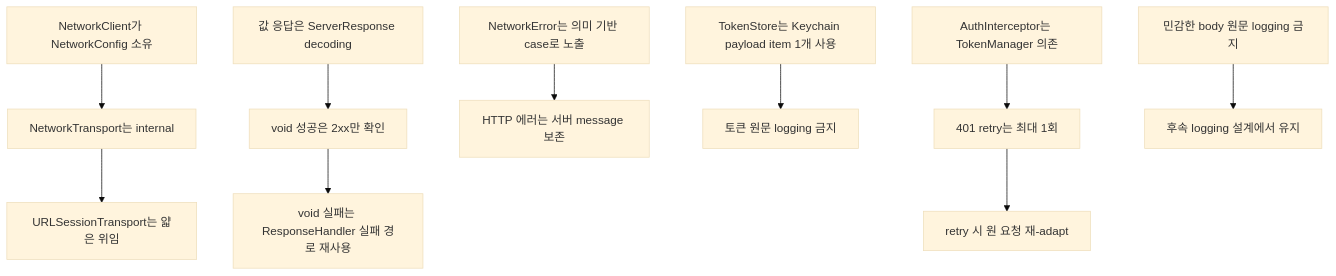
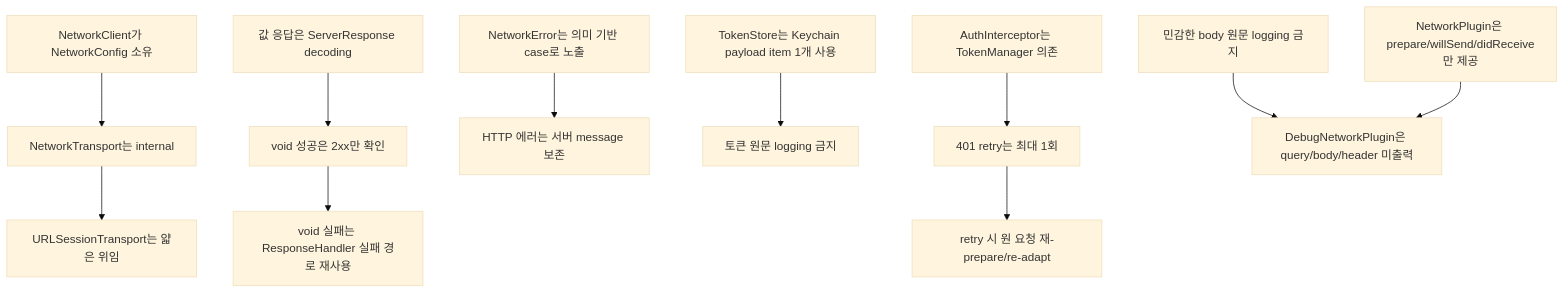
The eighth of 8 diagrams in Projects/LivithNetworking/README.md (mediunn/Livith-iOS), drawn with Mermaid (base theme) before and after one commit. The commit also changed other lines of this file and 7 other files, not shown here.

````diff
--- a/Projects/LivithNetworking/README.md
+++ b/Projects/LivithNetworking/README.md
@@ -363,24 +421,27 @@
 ```mermaid
 flowchart TD
     A[NetworkClient가 NetworkConfig 소유]
     B[NetworkTransport는 internal]
     C[URLSessionTransport는 얇은 위임]
     D[값 응답은 ServerResponse decoding]
     E[void 성공은 2xx만 확인]
     F[void 실패는 ResponseHandler 실패 경로 재사용]
     G[민감한 body 원문 logging 금지]
     H[NetworkError는 의미 기반 case로 노출]
     I[HTTP 에러는 서버 message 보존]
     J[TokenStore는 Keychain payload item 1개 사용]
     K[토큰 원문 logging 금지]
     L[AuthInterceptor는 TokenManager 의존]
     M[401 retry는 최대 1회]
-    N[retry 시 원 요청 재-adapt]
+    N[retry 시 원 요청 재-prepare/re-adapt]
+    O[NetworkPlugin은 prepare/willSend/didReceive만 제공]
+    P[DebugNetworkPlugin은 query/body/header 미출력]
 
     A --> B --> C
     D --> E --> F
-    G --> Next[후속 logging 설계에서 유지]
+    G --> P
     H --> I
     J --> K
     L --> M --> N
+    O --> P
 ```
````
